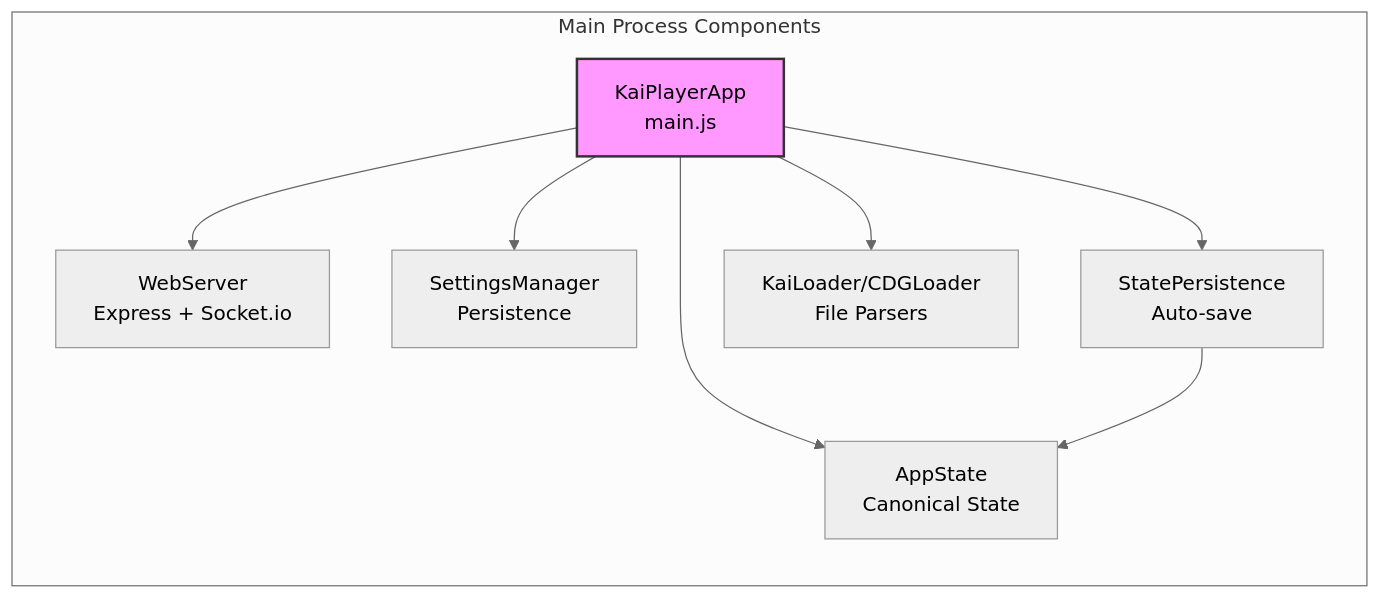
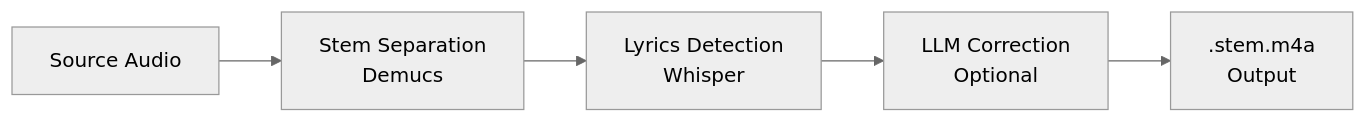
The second of 5 diagrams in docs/architecture.md (monteslu/loukai), drawn with Mermaid (neutral theme) before and after one commit. The commit also changed other lines of this file and 37 other files, not shown here.

````diff
--- a/docs/architecture.md
+++ b/docs/architecture.md
@@ -47,20 +157,7 @@
 ```mermaid
 graph LR
-    subgraph "Main Process Components"
-        App[KaiPlayerApp<br/>main.js]
-        State[AppState<br/>Canonical State]
-        Web[WebServer<br/>Express + Socket.io]
-        Settings[SettingsManager<br/>Persistence]
-        Persist[StatePersistence<br/>Auto-save]
-        Loader[KaiLoader/CDGLoader<br/>File Parsers]
-    end
-
-    App --> State
-    App --> Web
-    App --> Settings
-    App --> Persist
-    App --> Loader
-    Persist --> State
-
-    style App fill:#f9f,stroke:#333,stroke-width:2px
+    Audio[Source Audio] --> Stems[Stem Separation<br/>Demucs]
+    Stems --> Lyrics[Lyrics Detection<br/>Whisper]
+    Lyrics --> LLM[LLM Correction<br/>Optional]
+    LLM --> M4A[.stem.m4a<br/>Output]
 ```
````
